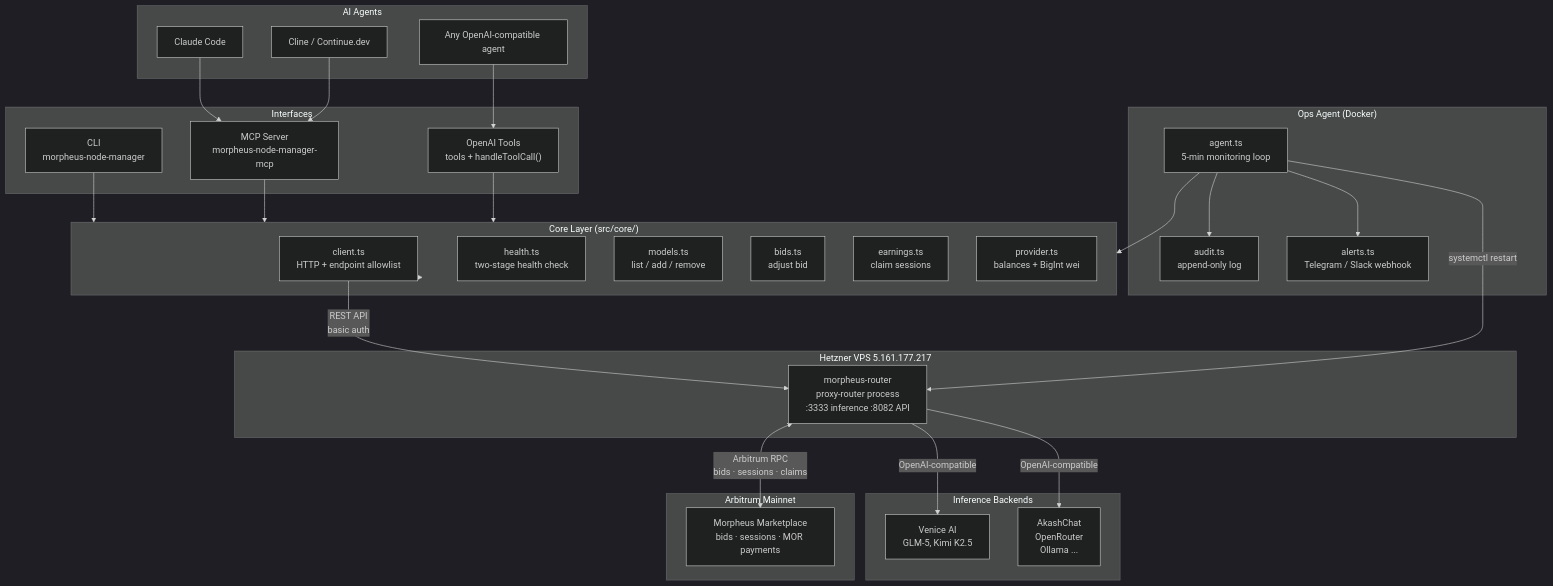
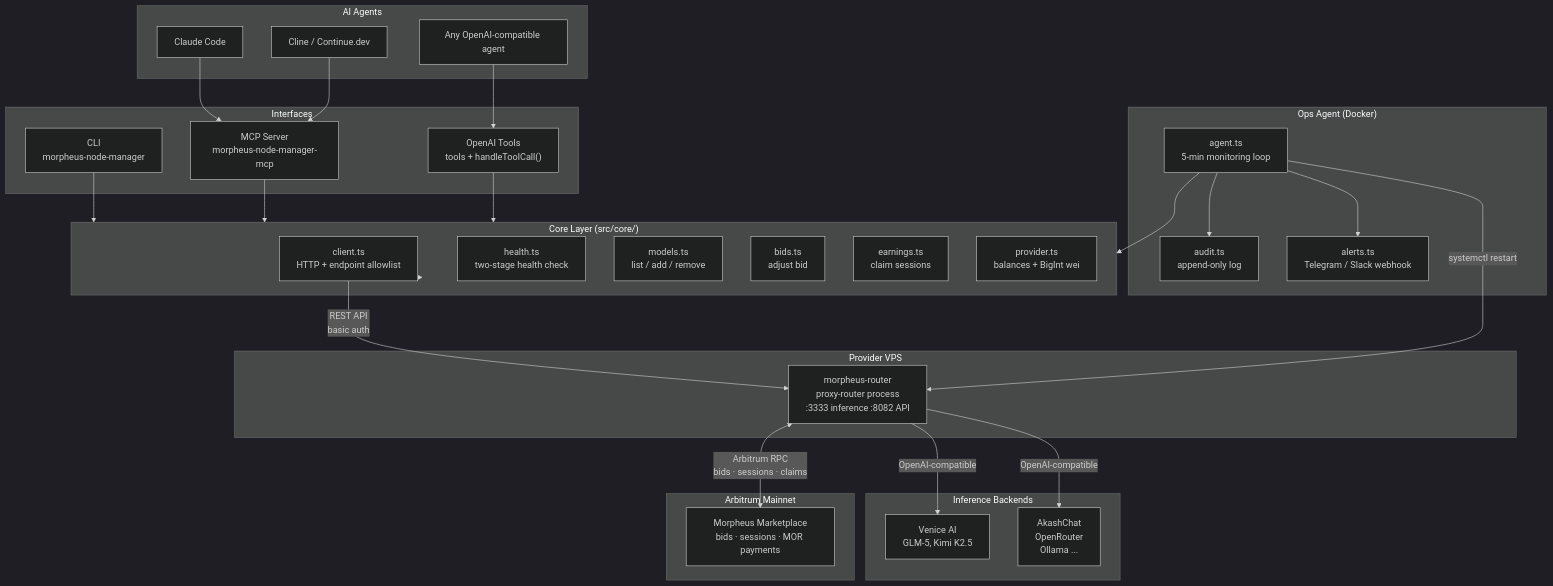
The diagram in README.md (betterbrand/Morpheus-skilled-agent), drawn with Mermaid (dark theme) before and after one commit. The commit also changed 5 other files, not shown here.

````diff
--- a/README.md
+++ b/README.md
@@ -9,58 +9,58 @@
 ```mermaid
 flowchart TB
     subgraph interfaces["Interfaces"]
         CLI["CLI\nmorpheus-node-manager"]
         MCP["MCP Server\nmorpheus-node-manager-mcp"]
         OAI["OpenAI Tools\ntools + handleToolCall()"]
     end
 
     subgraph agents["AI Agents"]
         CC["Claude Code"]
         CLINE["Cline / Continue.dev"]
         AGENT["Any OpenAI-compatible agent"]
     end
 
     subgraph core["Core Layer (src/core/)"]
         CLIENT["client.ts\nHTTP + endpoint allowlist"]
         HEALTH["health.ts\ntwo-stage health check"]
         MODELS["models.ts\nlist / add / remove"]
         BIDS["bids.ts\nadjust bid"]
         EARN["earnings.ts\nclaim sessions"]
         PROV["provider.ts\nbalances + BigInt wei"]
     end
 
     subgraph opsagent["Ops Agent (Docker)"]
         LOOP["agent.ts\n5-min monitoring loop"]
         AUDIT["audit.ts\nappend-only log"]
         ALERTS["alerts.ts\nTelegram / Slack webhook"]
     end
 
-    subgraph hetzner["Hetzner VPS 5.161.177.217"]
+    subgraph hetzner["Provider VPS"]
         ROUTER["morpheus-router\nproxy-router process\n:3333 inference  :8082 API"]
     end
 
     subgraph backends["Inference Backends"]
         VENICE["Venice AI\nGLM-5, Kimi K2.5"]
         AKASH["AkashChat\nOpenRouter\nOllama ..."]
     end
 
     subgraph chain["Arbitrum Mainnet"]
         MARKET["Morpheus Marketplace\nbids · sessions · MOR payments"]
     end
 
     CC --> MCP
     CLINE --> MCP
     AGENT --> OAI
     CLI --> core
     MCP --> core
     OAI --> core
     core --> CLIENT
     CLIENT -->|"REST API\nbasic auth"| ROUTER
     ROUTER -->|"OpenAI-compatible"| VENICE
     ROUTER -->|"OpenAI-compatible"| AKASH
     ROUTER <-->|"Arbitrum RPC\nbids · sessions · claims"| MARKET
     LOOP --> core
     LOOP --> AUDIT
     LOOP --> ALERTS
     LOOP -->|"systemctl restart"| ROUTER
 ```
````
